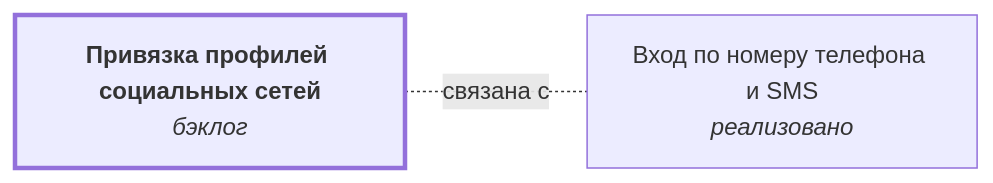
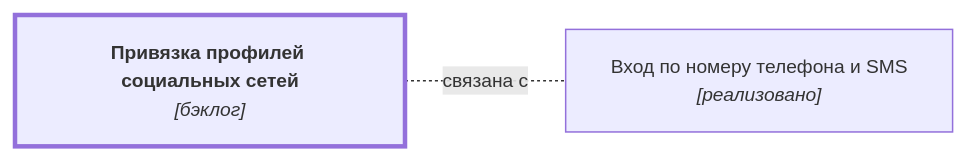
The diagram in docs/specifications/profile/oauth.md (DmitryKhilko/example-app-requirements), drawn with Mermaid before and after one commit. The commit also changed other lines of this file and 21 other files, not shown here.

````diff
--- a/docs/specifications/profile/oauth.md
+++ b/docs/specifications/profile/oauth.md
@@ -26,12 +26,13 @@
 ```mermaid
+%%{init: {"themeVariables": {"fontSize": "12.8px"}}}%%
 flowchart LR
-    n0["<b>Привязка профилей социальных сетей</b><br/><i>бэклог</i>"]
-    n1["Вход по номеру телефона и SMS<br/><i>реализовано</i>"]
+    n0["<b>Привязка профилей социальных сетей</b><br/><i>[бэклог]</i>"]
+    n1["Вход по номеру телефона и SMS<br/><i>[реализовано]</i>"]
     n0 -.-|"связана с"| n1
 
     classDef current stroke-width:3px
     classDef archived stroke-dasharray:5 4
     class n0 current
 
     click n1 "../auth-sms/"
 ```
````
